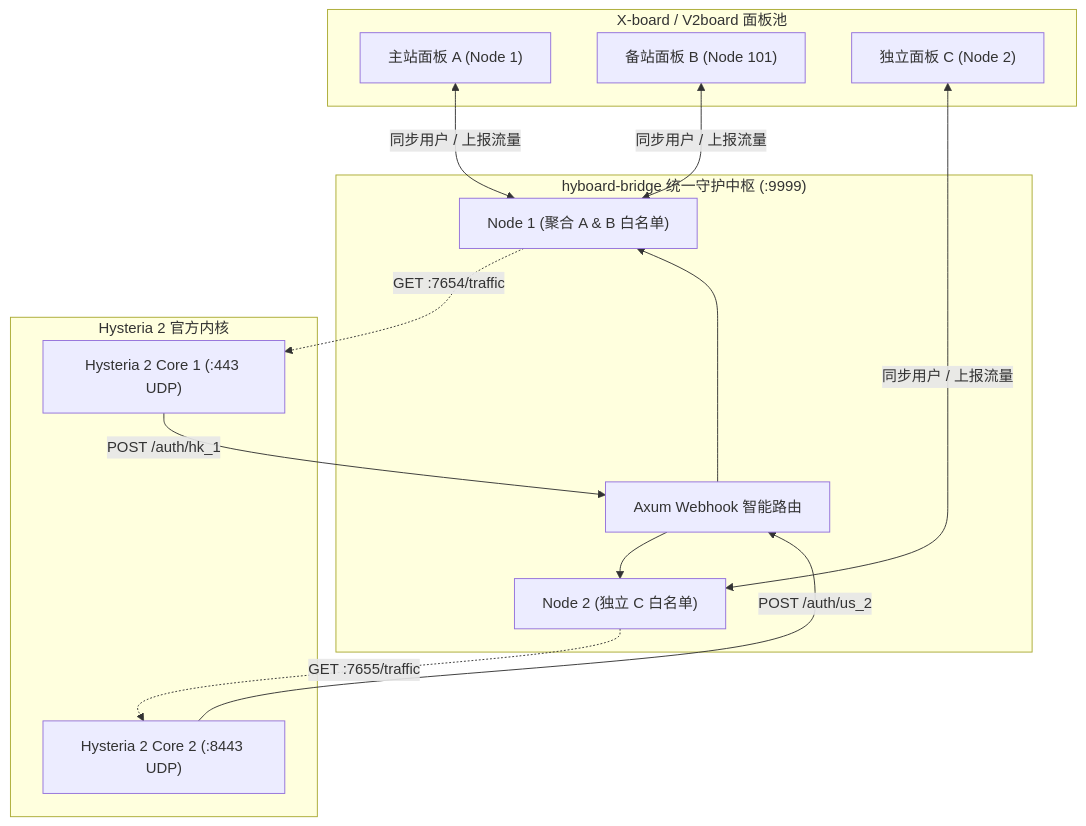
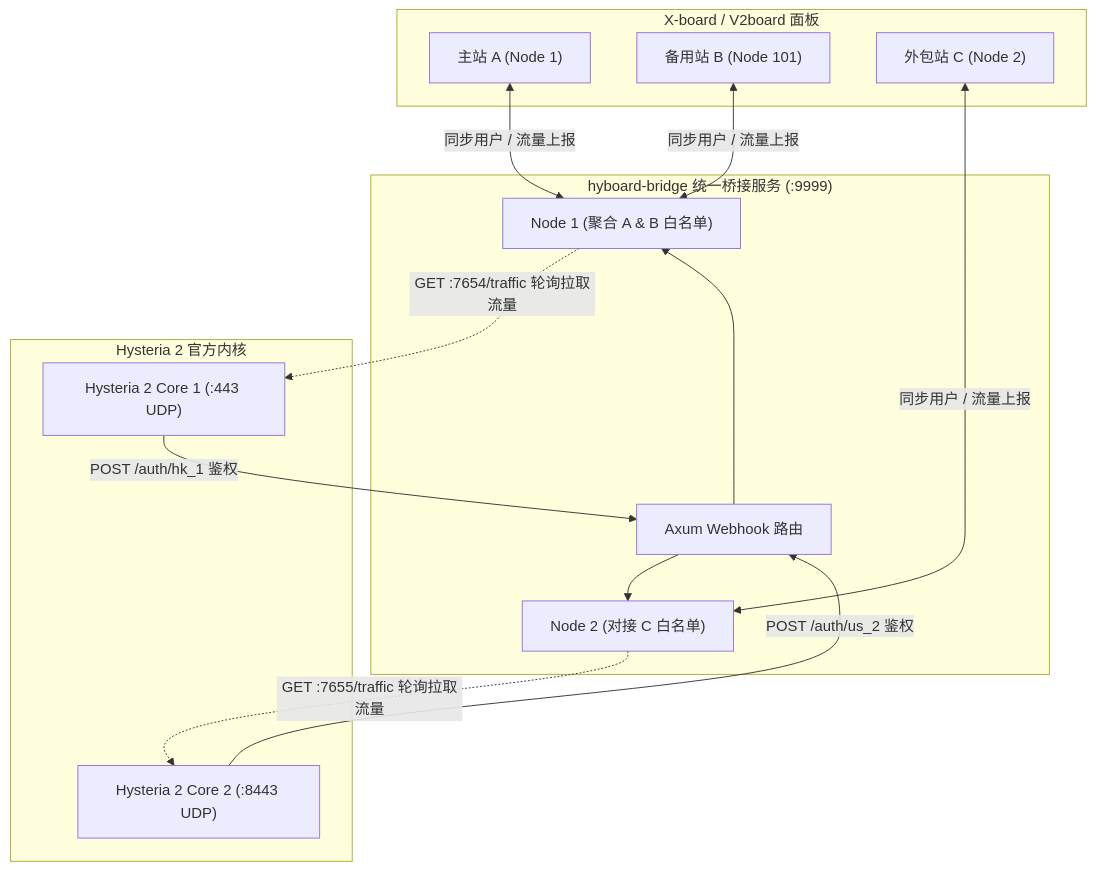
One commit to aquamarine-z/hyboard-bridge changed the diagram in README.md. Above: the diagram before and after it, drawn with Mermaid. The commit also changed other lines of this file, not shown here.

````diff
--- a/README.md
+++ b/README.md
@@ -43,31 +44,31 @@
 ```mermaid
 flowchart TD
-    subgraph Panels ["X-board / V2board 面板池"]
-        PanelA["主站面板 A (Node 1)"]
-        PanelB["备站面板 B (Node 101)"]
-        PanelC["独立面板 C (Node 2)"]
+    subgraph Panels ["X-board / V2board 面板"]
+        PanelA["主站 A (Node 1)"]
+        PanelB["备用站 B (Node 101)"]
+        PanelC["外包站 C (Node 2)"]
     end
 
-    subgraph Bridge ["hyboard-bridge 统一守护中枢 (:9999)"]
-        Router["Axum Webhook 智能路由"]
+    subgraph Bridge ["hyboard-bridge 统一桥接服务 (:9999)"]
+        Router["Axum Webhook 路由"]
         Node1["Node 1 (聚合 A & B 白名单)"]
-        Node2["Node 2 (独立 C 白名单)"]
+        Node2["Node 2 (对接 C 白名单)"]
     end
 
     subgraph Cores ["Hysteria 2 官方内核"]
         Hy1["Hysteria 2 Core 1 (:443 UDP)"]
         Hy2["Hysteria 2 Core 2 (:8443 UDP)"]
     end
 
-    PanelA <-->|同步用户 / 上报流量| Node1
-    PanelB <-->|同步用户 / 上报流量| Node1
-    PanelC <-->|同步用户 / 上报流量| Node2
+    PanelA <-->|同步用户 / 流量上报| Node1
+    PanelB <-->|同步用户 / 流量上报| Node1
+    PanelC <-->|同步用户 / 流量上报| Node2
 
-    Hy1 -->|POST /auth/hk_1| Router
+    Hy1 -->|POST /auth/hk_1 鉴权| Router
     Router --> Node1
-    Hy2 -->|POST /auth/us_2| Router
+    Hy2 -->|POST /auth/us_2 鉴权| Router
     Router --> Node2
 
-    Node1 -.->|GET :7654/traffic| Hy1
-    Node2 -.->|GET :7655/traffic| Hy2
+    Node1 -.->|GET :7654/traffic 轮询拉取流量| Hy1
+    Node2 -.->|GET :7655/traffic 轮询拉取流量| Hy2
 ```
````
